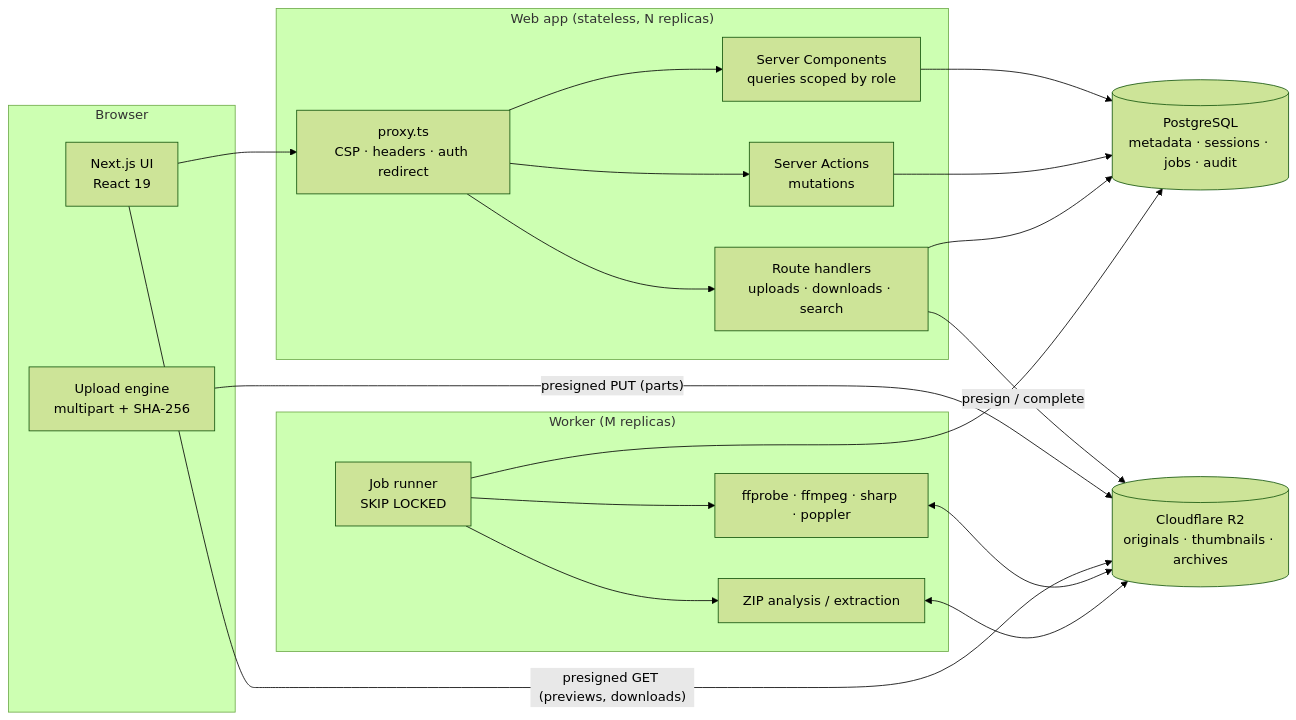
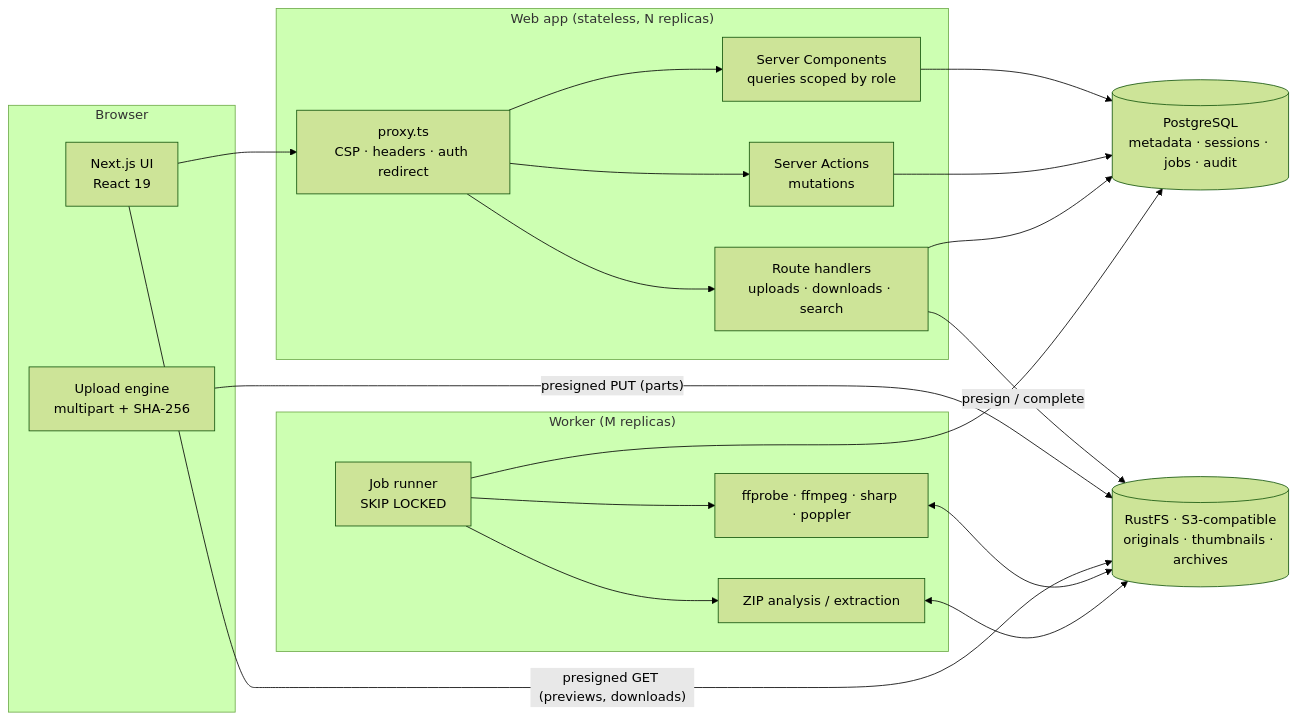
One commit to AbdoHerO/CDN_Creative_Platfo changed the first of 4 diagrams in docs/ARCHITECTURE.md. Above: the diagram before and after it, drawn with Mermaid (forest theme). The commit also changed other lines of this file and 102 other files, not shown here.

````diff
--- a/docs/ARCHITECTURE.md
+++ b/docs/ARCHITECTURE.md
@@ -5,29 +5,29 @@
 ```mermaid
 flowchart LR
   subgraph Browser
     UI[Next.js UI<br/>React 19]
     UE[Upload engine<br/>multipart + SHA-256]
   end
   subgraph App["Web app (stateless, N replicas)"]
     PX[proxy.ts<br/>CSP · headers · auth redirect]
     RSC[Server Components<br/>queries scoped by role]
     SA[Server Actions<br/>mutations]
     API[Route handlers<br/>uploads · downloads · search]
   end
   subgraph Worker["Worker (M replicas)"]
     Q[Job runner<br/>SKIP LOCKED]
     MP[ffprobe · ffmpeg · sharp · poppler]
     ZIP[ZIP analysis / extraction]
   end
   DB[(PostgreSQL<br/>metadata · sessions · jobs · audit)]
-  R2[(Cloudflare R2<br/>originals · thumbnails · archives)]
+  S3[(RustFS · S3-compatible<br/>originals · thumbnails · archives)]
 
   UI --> PX --> RSC & SA & API
   RSC & SA & API --> DB
-  API -- presign / complete --> R2
-  UE -- presigned PUT (parts) --> R2
-  UI -- presigned GET (previews, downloads) --> R2
+  API -- presign / complete --> S3
+  UE -- presigned PUT (parts) --> S3
+  UI -- presigned GET (previews, downloads) --> S3
   Q --> DB
   Q --> MP & ZIP
-  MP & ZIP <--> R2
+  MP & ZIP <--> S3
 ```
````
